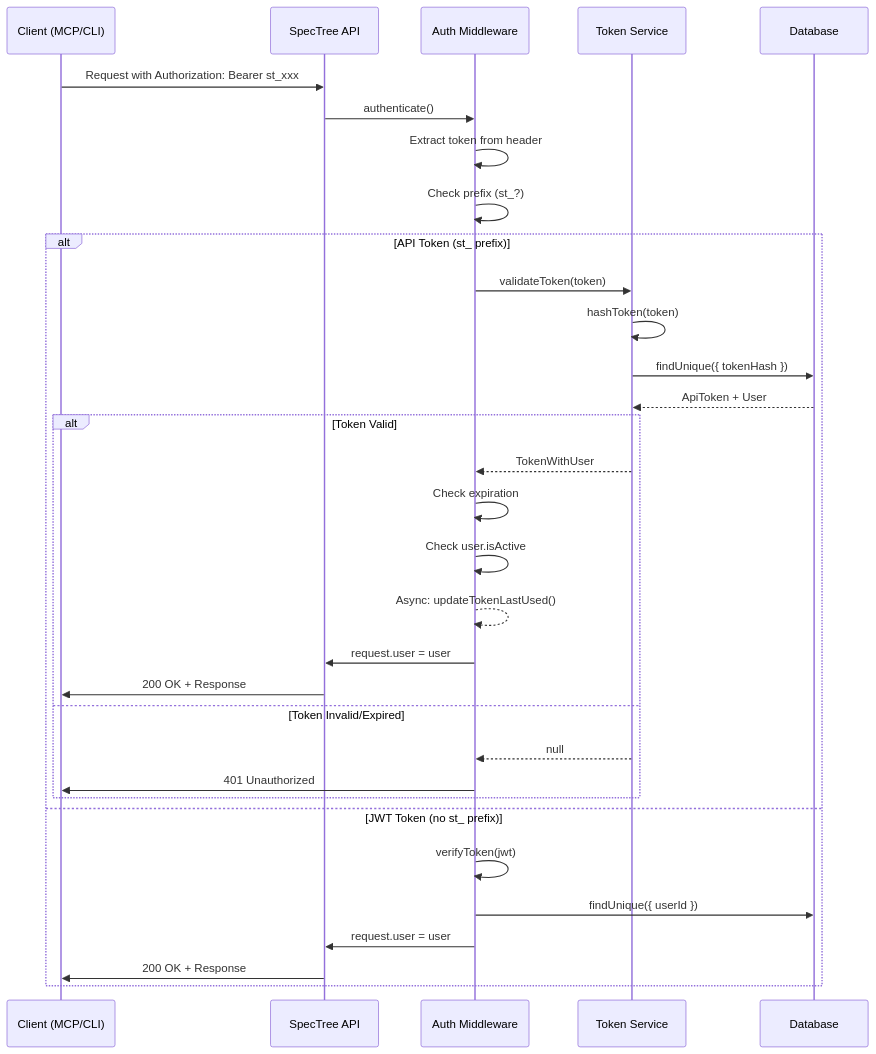
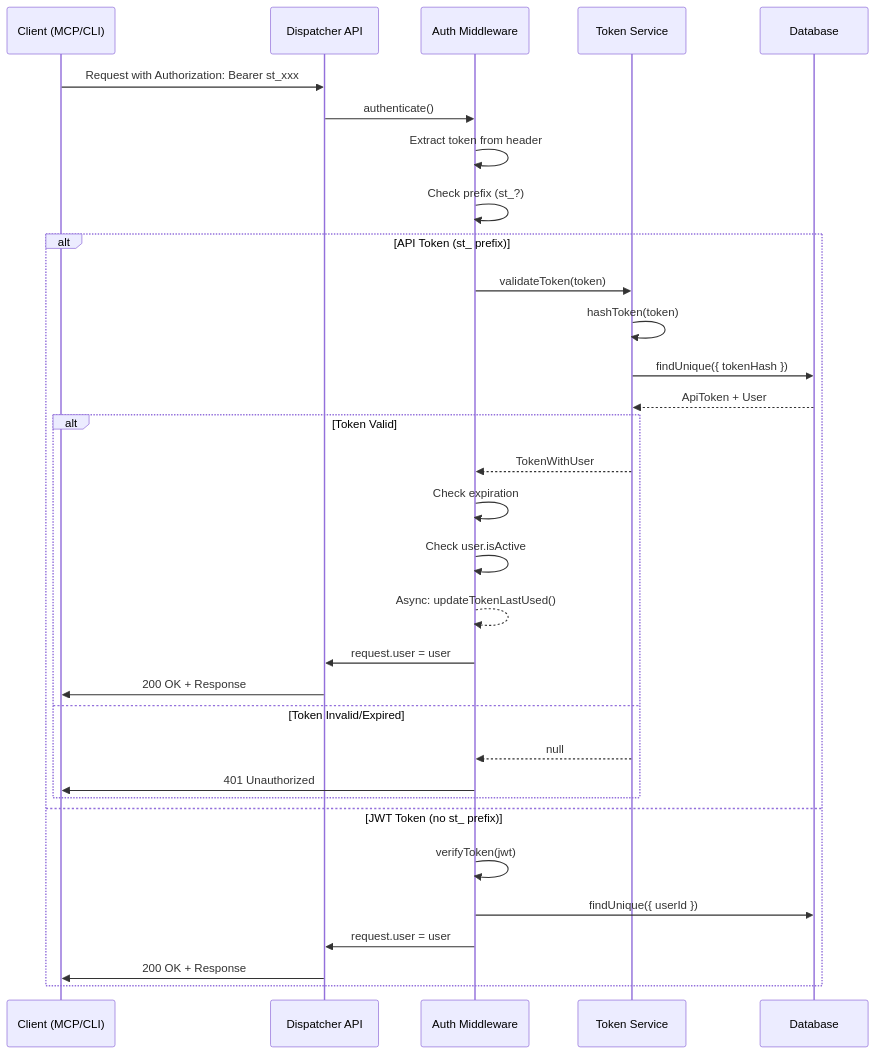
The sixth of 8 diagrams in docs/mcp/api-token-authentication.md (agorsky/SpecTree), drawn with Mermaid before and after one commit. The commit also changed other lines of this file and 91 other files, not shown here.

First line of the commit message:
ENG-8: Tests and documentation rebrand — SpecTree to Dispatcher

````diff
--- a/docs/mcp/api-token-authentication.md
+++ b/docs/mcp/api-token-authentication.md
@@ -429,38 +429,38 @@
 ```mermaid
 sequenceDiagram
     participant Client as Client (MCP/CLI)
-    participant API as SpecTree API
+    participant API as Dispatcher API
     participant MW as Auth Middleware
     participant TS as Token Service
     participant DB as Database
     
     Client->>API: Request with Authorization: Bearer st_xxx
     API->>MW: authenticate()
     
     MW->>MW: Extract token from header
     MW->>MW: Check prefix (st_?)
     
     alt API Token (st_ prefix)
         MW->>TS: validateToken(token)
         TS->>TS: hashToken(token)
         TS->>DB: findUnique({ tokenHash })
         DB-->>TS: ApiToken + User
         
         alt Token Valid
             TS-->>MW: TokenWithUser
             MW->>MW: Check expiration
             MW->>MW: Check user.isActive
             MW-->>MW: Async: updateTokenLastUsed()
             MW->>API: request.user = user
             API->>Client: 200 OK + Response
         else Token Invalid/Expired
             TS-->>MW: null
             MW->>Client: 401 Unauthorized
         end
     else JWT Token (no st_ prefix)
         MW->>MW: verifyToken(jwt)
         MW->>DB: findUnique({ userId })
         MW->>API: request.user = user
         API->>Client: 200 OK + Response
     end
 ```
````
